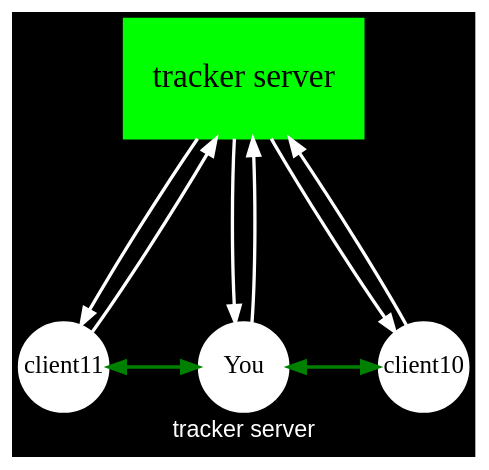
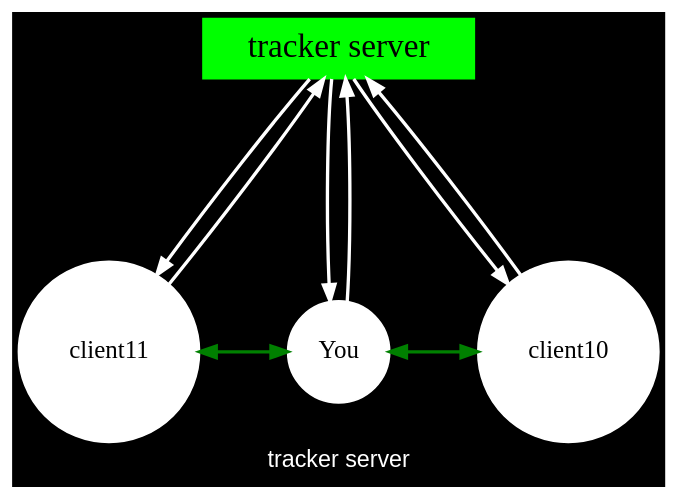
The seventh of 13 diagrams in src/tool/graphviz.md (x06lan/mdbook), drawn with Graphviz before and after one commit. The commit also changed other lines of this file and 2 other files, not shown here.

````diff
--- a/src/tool/graphviz.md
+++ b/src/tool/graphviz.md
@@ -141,28 +146,28 @@
 ```dot process
-digraph google{
+digraph tracker{
     // layout=neato;
     // layout=circo;
 	// layout=twopi;
     fontname="Helvetica,Arial,sans-serif"
     fontcolor=white
     bgcolor="black"
     // bgcolor="transparent"
-    node[shape=circle,style=filled,color=white,colorscheme=ylgnbu7,fixedsize=1,fontsize=15,width=.75]
+    node[shape=circle,style=filled,color=white,colorscheme=ylgnbu7,fontsize=15]
     edge[color=white,penwidth=2 ,minlen=3]
     label="tracker server"
 	// "000"->"001"->"010"->"011"->"100"->"101"->"110"->"111"->"000"
-	"tracker server"[shape=cube,width=2,height=1,fontsize=20,color="#00ff00"]
-	
+	"tracker server"[shape=box,fontsize=20,color="#00ff00"]
+
 	"tracker server"->"client11"
 	"client11"->"tracker server"
     "client11"-> "You" [constraint=false,color=green ,minlen=3,dir="both"];
-	
+
 	"tracker server"->"You"
 	"You"->"tracker server"
 
 	"tracker server"->"client10"
 	"client10"->"tracker server"
     "client10"-> "You" [constraint=false,color=green ,minlen=3,dir="both"];
 
 }
 ```
````
